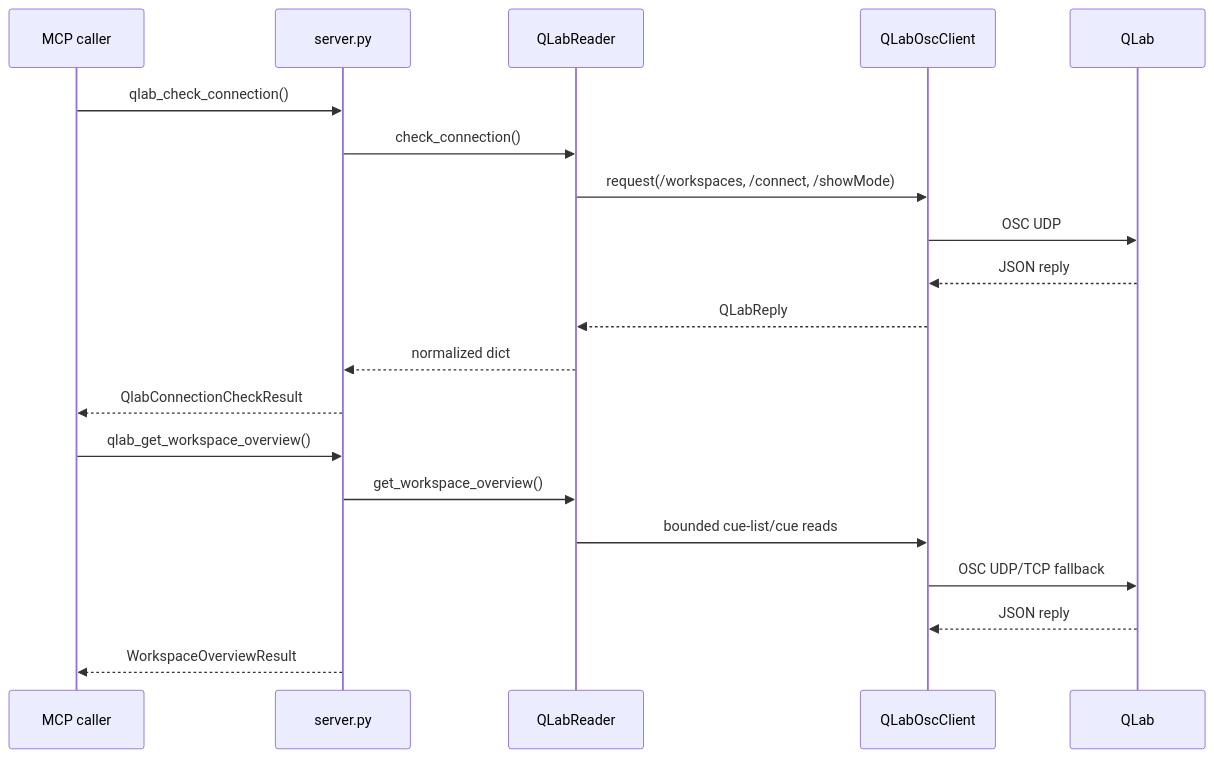
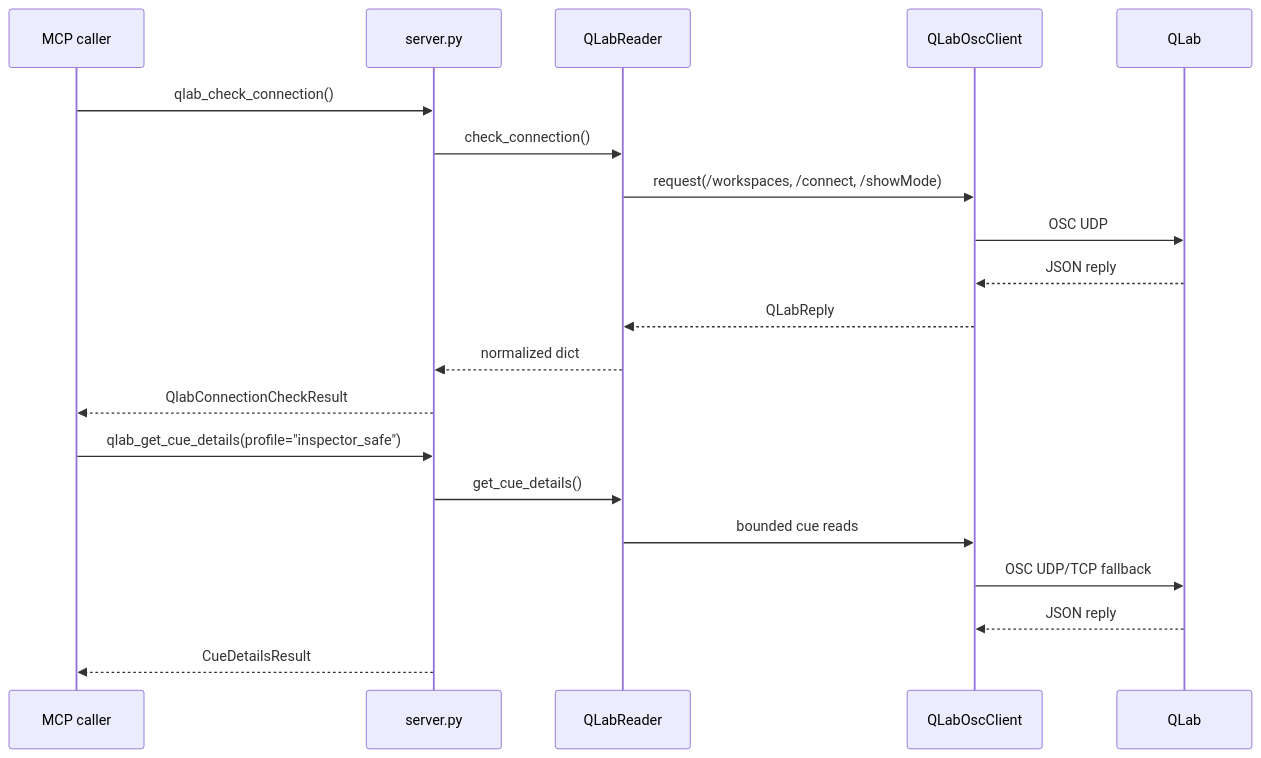
One commit to MarcheKEN/Qlab-MCP changed the third of 6 diagrams in docs/current/architecture/codebase_graphs.md. Above: the diagram before and after it, drawn with Mermaid. The commit also changed other lines of this file and 14 other files, not shown here.

````diff
--- a/docs/current/architecture/codebase_graphs.md
+++ b/docs/current/architecture/codebase_graphs.md
@@ -59,24 +64,24 @@
 ```mermaid
 sequenceDiagram
     participant User as MCP caller
     participant S as server.py
     participant R as QLabReader
     participant C as QLabOscClient
     participant Q as QLab
 
     User->>S: qlab_check_connection()
     S->>R: check_connection()
     R->>C: request(/workspaces, /connect, /showMode)
     C->>Q: OSC UDP
     Q-->>C: JSON reply
     C-->>R: QLabReply
     R-->>S: normalized dict
     S-->>User: QlabConnectionCheckResult
 
-    User->>S: qlab_get_workspace_overview()
-    S->>R: get_workspace_overview()
-    R->>C: bounded cue-list/cue reads
+    User->>S: qlab_get_cue_details(profile="inspector_safe")
+    S->>R: get_cue_details()
+    R->>C: bounded cue reads
     C->>Q: OSC UDP/TCP fallback
     Q-->>C: JSON reply
-    S-->>User: WorkspaceOverviewResult
+    S-->>User: CueDetailsResult
 ```
````
